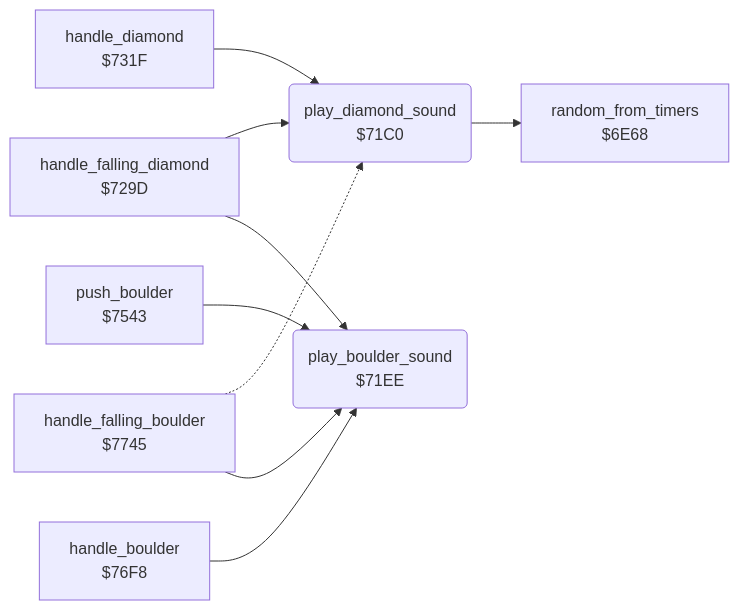
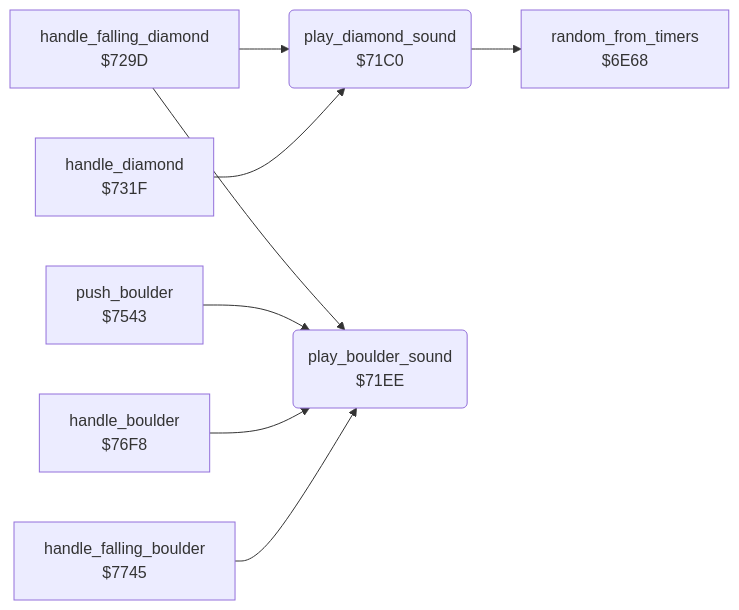
The diagram in boulder_dash/v2/docs/reference/modules/sound/element_sounds.md (henols/c64_games), drawn with Mermaid before and after one commit. The commit also changed other lines of this file and 1100 other files, not shown here.

````diff
--- a/boulder_dash/v2/docs/reference/modules/sound/element_sounds.md
+++ b/boulder_dash/v2/docs/reference/modules/sound/element_sounds.md
@@ -10,19 +23,18 @@
 ```mermaid
 flowchart LR
   n6e68["random_from_timers<br/>$6E68"]
   n71c0("play_diamond_sound<br/>$71C0")
   n71ee("play_boulder_sound<br/>$71EE")
   n729d["handle_falling_diamond<br/>$729D"]
   n731f["handle_diamond<br/>$731F"]
   n7543["push_boulder<br/>$7543"]
   n76f8["handle_boulder<br/>$76F8"]
   n7745["handle_falling_boulder<br/>$7745"]
   n71c0 --> n6e68
   n729d --> n71c0
   n729d --> n71ee
   n731f --> n71c0
   n7543 --> n71ee
   n76f8 --> n71ee
-  n7745 -.-> n71c0
   n7745 --> n71ee
 ```
````
